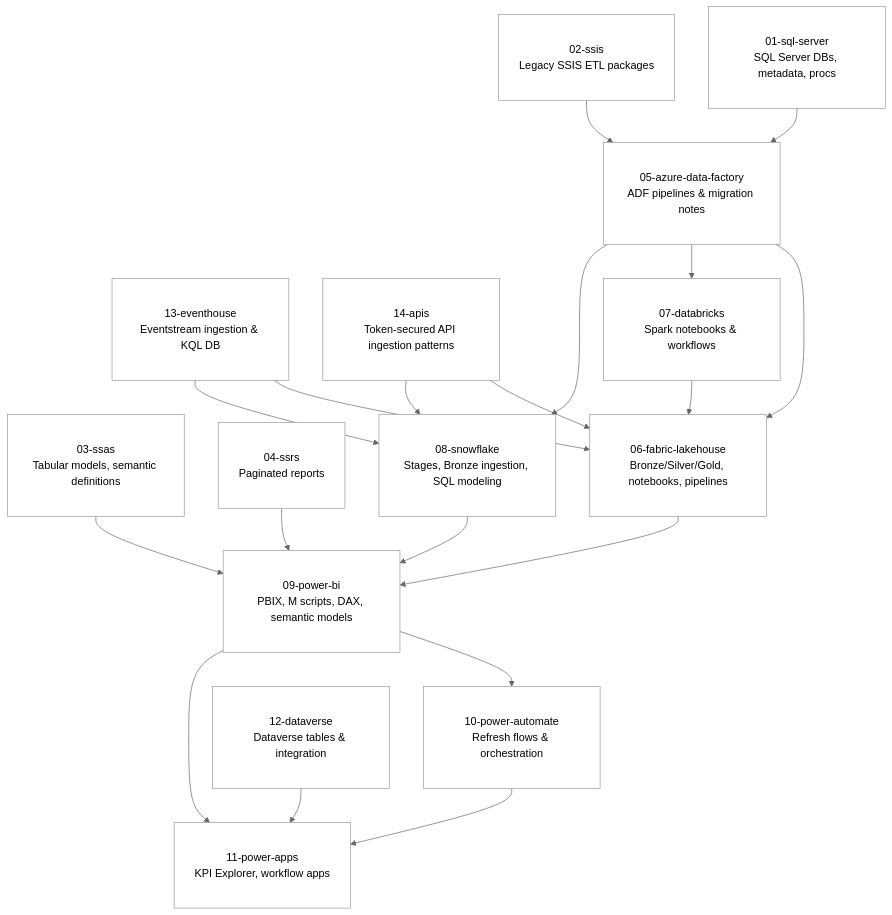
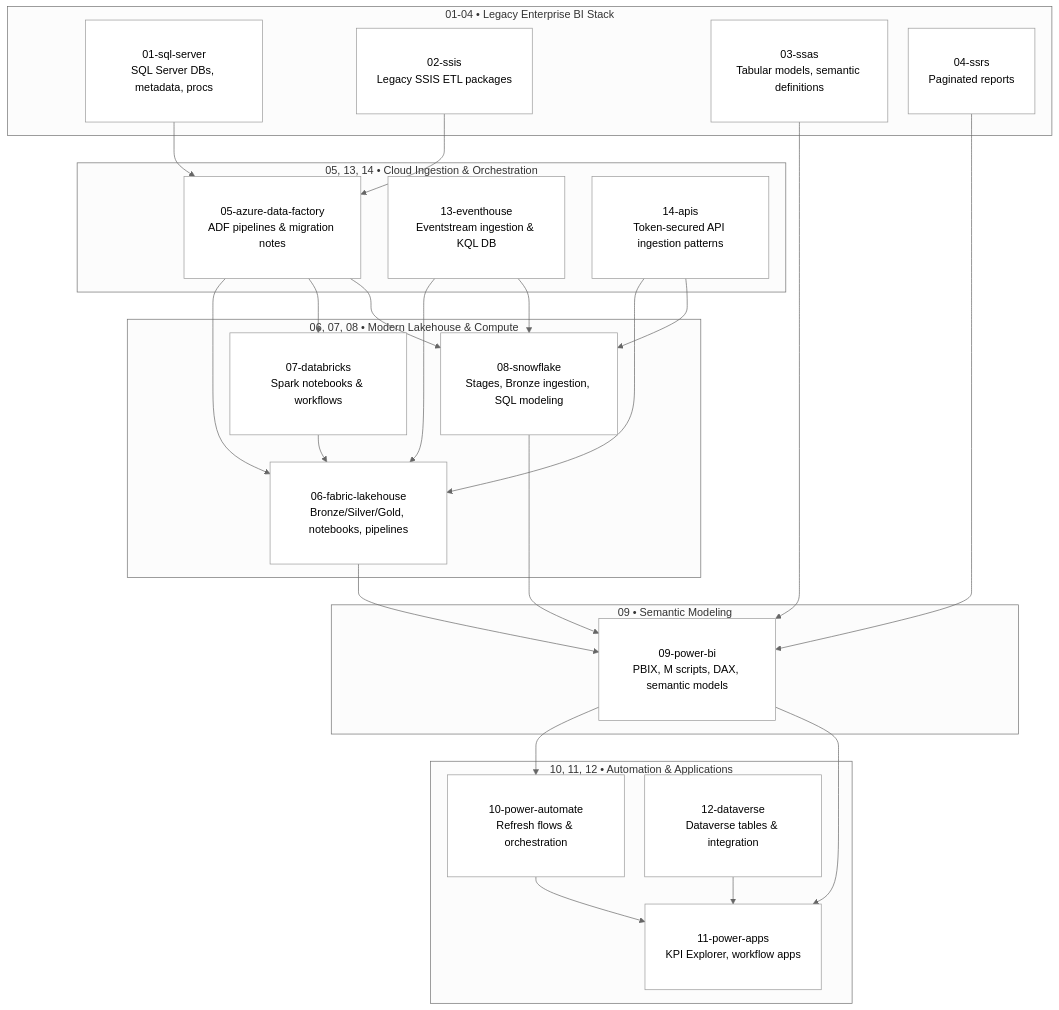
One commit to michaelraylloyd/gulf-to-bay-analytics-modernization changed the diagram in docs/README.md. Above: the diagram before and after it, drawn with Mermaid (neutral theme).

Commit message:
Expanded SQL Server modernization narrative; added GTB-aligned documentation and DBA toolkit headers

````diff
--- a/docs/README.md
+++ b/docs/README.md
@@ -573,33 +573,63 @@
 ```mermaid
+%%{init: {'flowchart': {'nodeSpacing': 30, 'rankSpacing': 40}}}%%
+
 flowchart TB
 
-classDef box fill:#ffffff,stroke:#999,stroke-width:1px,padding:10px;
+classDef pad fill:#ffffff,stroke:#999,stroke-width:1px,margin:20px,padding:10px;
+classDef spacer fill:#0000,stroke:#0000,color:#0000;
 
-%% L1
-SQL[01-sql-server<br/>SQL Server DBs, metadata, procs]:::box
-SSIS[02-ssis<br/>Legacy SSIS ETL packages]:::box
-SSAS[03-ssas<br/>Tabular models, semantic definitions]:::box
-SSRS[04-ssrs<br/>Paginated reports]:::box
+%% ---------------------------------
+%% SOURCE & LEGACY SYSTEMS
+%% ---------------------------------
+subgraph L1[01-04 • Legacy Enterprise BI Stack]
+    L1_PAD[" "]:::spacer
+    SQL[01-sql-server<br/>SQL Server DBs, metadata, procs]:::pad
+    SSIS[02-ssis<br/>Legacy SSIS ETL packages]:::pad
+    SSAS[03-ssas<br/>Tabular models, semantic definitions]:::pad
+    SSRS[04-ssrs<br/>Paginated reports]:::pad
+end
 
-%% L2
-ADF[05-azure-data-factory<br/>ADF pipelines & migration notes]:::box
-EVENT[13-eventhouse<br/>Eventstream ingestion & KQL DB]:::box
-APIS[14-apis<br/>Token-secured API ingestion patterns]:::box
+%% ---------------------------------
+%% CLOUD INGESTION & ORCHESTRATION
+%% ---------------------------------
+subgraph L2[05, 13, 14 • Cloud Ingestion & Orchestration]
+    L2_PAD[" "]:::spacer
+    ADF[05-azure-data-factory<br/>ADF pipelines & migration notes]:::pad
+    EVENT[13-eventhouse<br/>Eventstream ingestion & KQL DB]:::pad
+    APIS[14-apis<br/>Token-secured API ingestion patterns]:::pad
+end
 
-%% L3
-FAB[06-fabric-lakehouse<br/>Bronze/Silver/Gold, notebooks, pipelines]:::box
-DBX[07-databricks<br/>Spark notebooks & workflows]:::box
-SNOW[08-snowflake<br/>Stages, Bronze ingestion, SQL modeling]:::box
+%% ---------------------------------
+%% MODERN LAKEHOUSE & COMPUTE
+%% ---------------------------------
+subgraph L3[06, 07, 08 • Modern Lakehouse & Compute]
+    L3_PAD[" "]:::spacer
+    FAB[06-fabric-lakehouse<br/>Bronze/Silver/Gold, notebooks, pipelines]:::pad
+    DBX[07-databricks<br/>Spark notebooks & workflows]:::pad
+    SNOW[08-snowflake<br/>Stages, Bronze ingestion, SQL modeling]:::pad
+end
 
-%% L4
-PBI[09-power-bi<br/>PBIX, M scripts, DAX, semantic models]:::box
+%% ---------------------------------
+%% SEMANTIC MODELING
+%% ---------------------------------
+subgraph L4[09 • Semantic Modeling]
+    L4_PAD[" "]:::spacer
+    PBI[09-power-bi<br/>PBIX, M scripts, DAX, semantic models]:::pad
+end
 
-%% L5
-PA[10-power-automate<br/>Refresh flows & orchestration]:::box
-APPS[11-power-apps<br/>KPI Explorer, workflow apps]:::box
-DV[12-dataverse<br/>Dataverse tables & integration]:::box
+%% ---------------------------------
+%% AUTOMATION & APPS
+%% ---------------------------------
+subgraph L5[10, 11, 12 • Automation & Applications]
+    L5_PAD[" "]:::spacer
+    PA[10-power-automate<br/>Refresh flows & orchestration]:::pad
+    APPS[11-power-apps<br/>KPI Explorer, workflow apps]:::pad
+    DV[12-dataverse<br/>Dataverse tables & integration]:::pad
+end
 
+%% ---------------------------------
 %% FLOWS
+%% ---------------------------------
 SQL --> ADF
 SSIS --> ADF
 SSAS --> PBI
````
